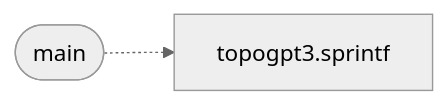
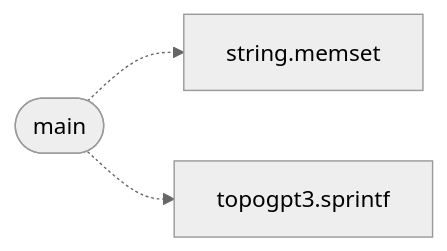
One commit to grisuno/miniOS changed the diagram in readmenator-apidocs/modules/progs.src.cvmfmt.c.md. Above: the diagram before and after it, drawn with Mermaid (neutral theme). The commit also changed other lines of this file and 222 other files, not shown here.

````diff
--- a/readmenator-apidocs/modules/progs.src.cvmfmt.c.md
+++ b/readmenator-apidocs/modules/progs.src.cvmfmt.c.md
@@ -15,6 +15,8 @@
 ```mermaid
 flowchart LR
     n_progs_src_cvmfmt_c__main(["main"])
+    n_kernel_string_c__memset["string.memset"]
     n_progs_topogpt3_topogpt3_c__sprintf["topogpt3.sprintf"]
+    n_progs_src_cvmfmt_c__main -.-> n_kernel_string_c__memset
     n_progs_src_cvmfmt_c__main -.-> n_progs_topogpt3_topogpt3_c__sprintf
 ```
````
